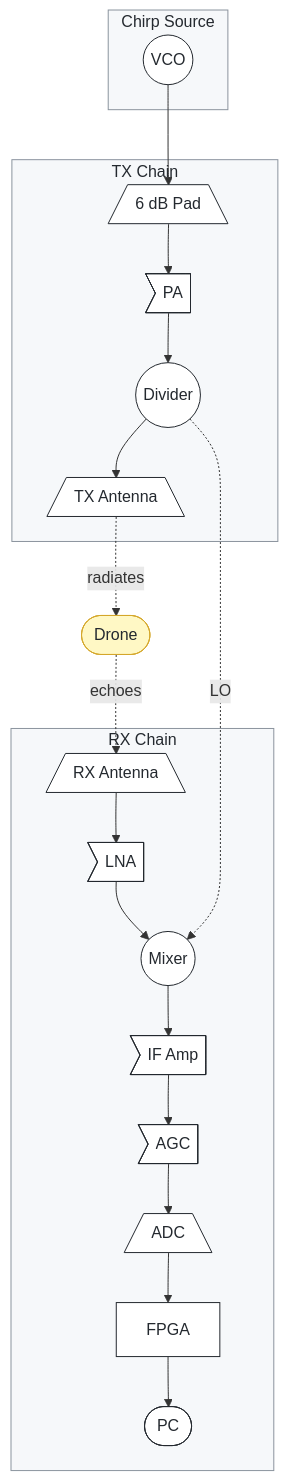
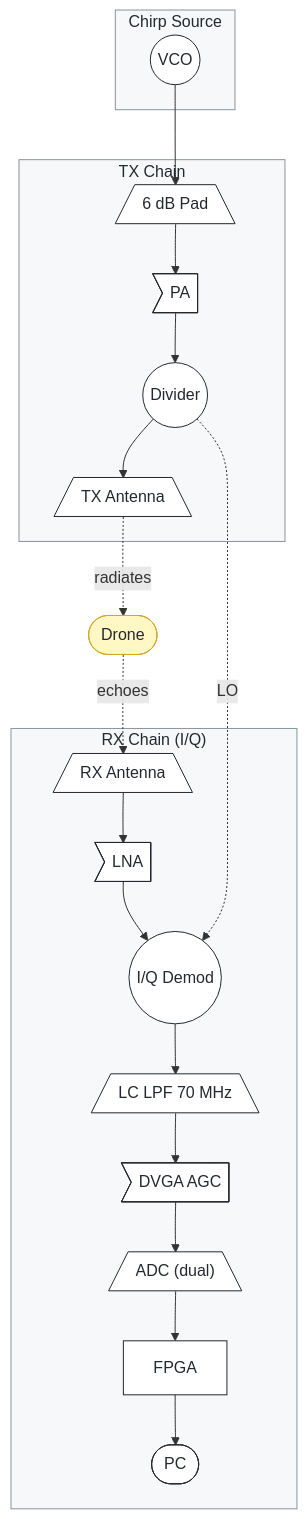
Before and after one commit to oliskcz/Lyrion-Radar: the fourth of 4 diagrams in README.md, drawn with Mermaid. The commit also changed other lines of this file and 1 other file, not shown here.

First line of the commit message:
RX chain redesign: I/Q architecture with LTC5586 + LMH6521

````diff
--- a/README.md
+++ b/README.md
@@ -261,41 +284,41 @@
 ```mermaid
 flowchart TB
     subgraph CHIRP["Chirp Source"]
         VCO(("VCO"))
     end
 
     subgraph TX["TX Chain"]
         VCO --> PAD[/"6 dB Pad"\] --> PA>"PA"] --> DIV(("Divider"))
         DIV --> TXANT[/"TX Antenna"\]
     end
 
-    subgraph RX["RX Chain"]
-        RXANT[/"RX Antenna"\] --> LNA>"LNA"] --> MIX(("Mixer"))
-        DIV -. LO .-> MIX
-        MIX --> IFA>"IF Amp"] --> AGC>"AGC"] --> ADC[/"ADC"\] --> FPGA["FPGA"] --> PC(["PC"])
+    subgraph RX["RX Chain (I/Q)"]
+        RXANT[/"RX Antenna"\] --> LNA>"LNA"] --> IQDEM(("I/Q Demod"))
+        DIV -. LO .-> IQDEM
+        IQDEM --> LPF[/"LC LPF 70 MHz"\] --> DVGA>"DVGA AGC"] --> ADC[/"ADC (dual)"\] --> FPGA["FPGA"] --> PC(["PC"])
     end
 
     TXANT -. radiates .-> TARGET(["Drone"])
     TARGET -. echoes .-> RXANT
 
     %% Subtle but visible subgraph backgrounds
     style CHIRP fill:#f6f8fa,stroke:#8b949e,stroke-width:1px,color:#24292f
     style TX fill:#f6f8fa,stroke:#8b949e,stroke-width:1px,color:#24292f
     style RX fill:#f6f8fa,stroke:#8b949e,stroke-width:1px,color:#24292f
 
     %% Explicit shape fills with readable text
     style VCO fill:#fff,stroke:#24292f,color:#24292f
     style DIV fill:#fff,stroke:#24292f,color:#24292f
-    style MIX fill:#fff,stroke:#24292f,color:#24292f
+    style IQDEM fill:#fff,stroke:#24292f,color:#24292f
     style PC fill:#fff,stroke:#24292f,color:#24292f
     style PAD fill:#fff,stroke:#24292f,color:#24292f
     style TXANT fill:#fff,stroke:#24292f,color:#24292f
     style RXANT fill:#fff,stroke:#24292f,color:#24292f
     style PA fill:#fff,stroke:#24292f,color:#24292f
     style LNA fill:#fff,stroke:#24292f,color:#24292f
-    style IFA fill:#fff,stroke:#24292f,color:#24292f
-    style AGC fill:#fff,stroke:#24292f,color:#24292f
+    style LPF fill:#fff,stroke:#24292f,color:#24292f
+    style DVGA fill:#fff,stroke:#24292f,color:#24292f
     style ADC fill:#fff,stroke:#24292f,color:#24292f
     style FPGA fill:#fff,stroke:#24292f,color:#24292f
     style TARGET fill:#fff8c5,stroke:#d4a72c,color:#24292f
 ```
````
